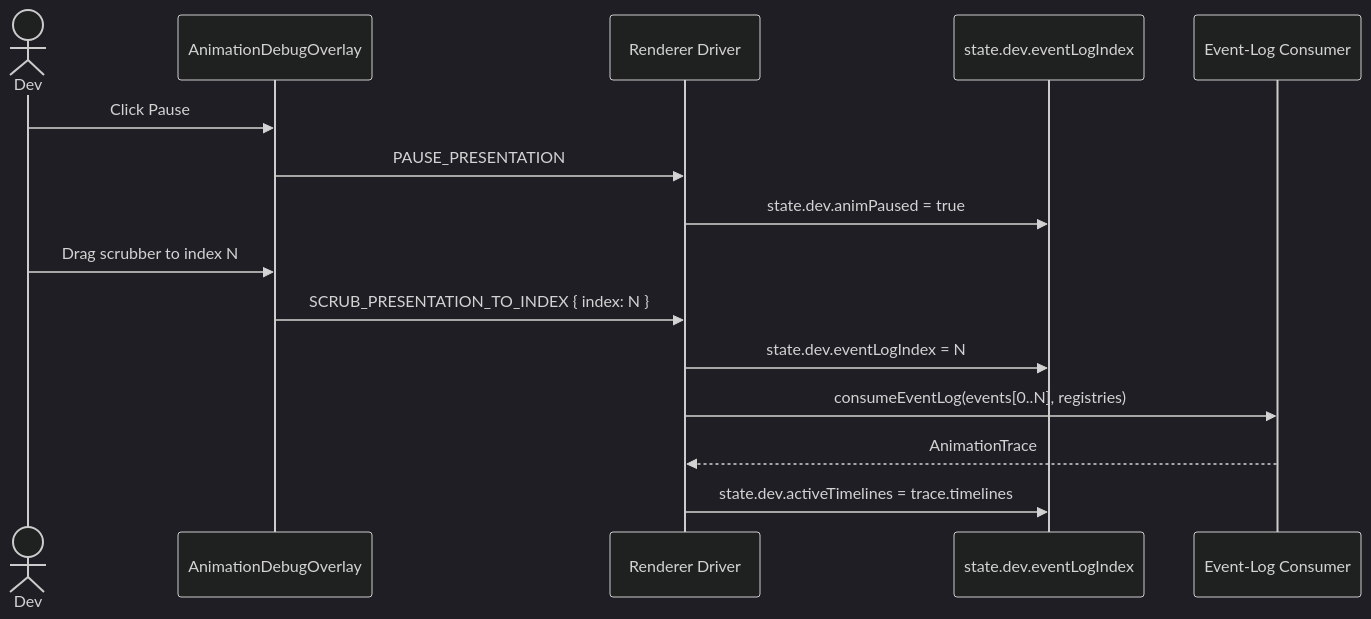
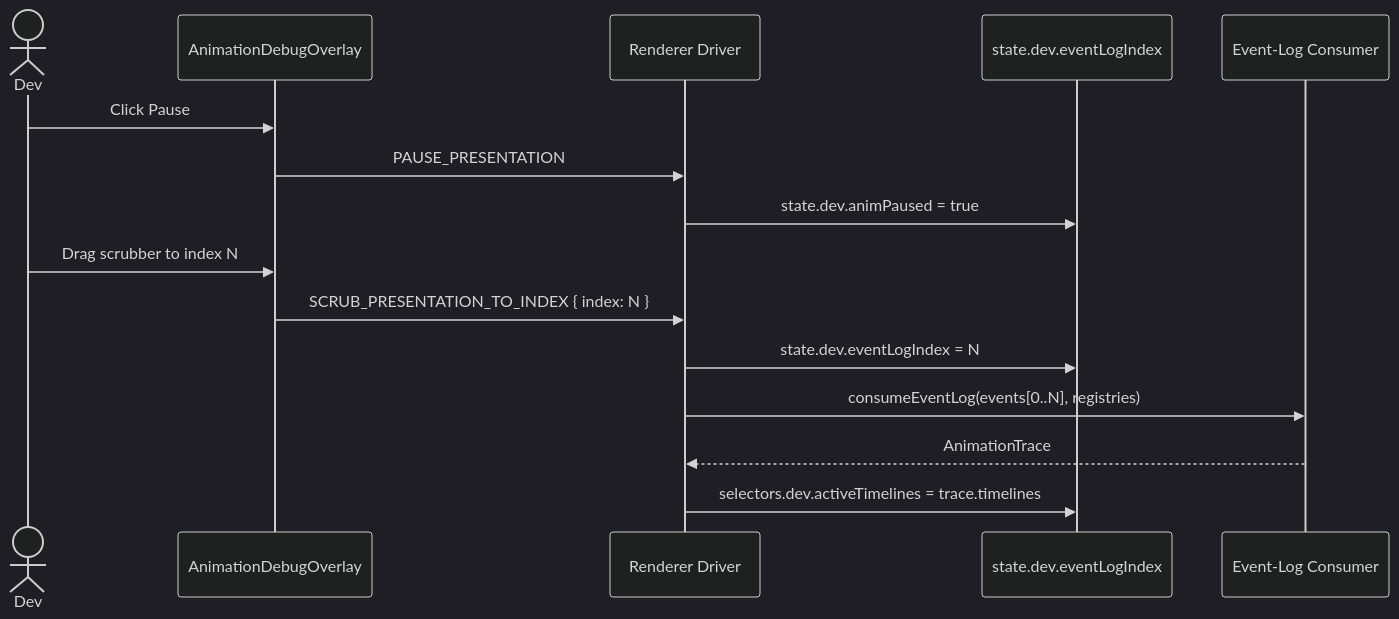
The fourth of 4 diagrams in docs/architecture/wiki/screens/67-animation-debug-overlay/architecture.md (SunaNoOshiro/Heroes_Reforged_AI_Realms), drawn with Mermaid (dark theme) before and after one commit. The commit also changed other lines of this file and 518 other files, not shown here.

First line of the commit message:
Add doc-audit skill and sweep architecture/screen docs

````diff
--- a/docs/architecture/wiki/screens/67-animation-debug-overlay/architecture.md
+++ b/docs/architecture/wiki/screens/67-animation-debug-overlay/architecture.md
@@ -59,19 +55,19 @@
 ```mermaid
 sequenceDiagram
   actor Dev
   participant UI as AnimationDebugOverlay
   participant Driver as Renderer Driver
   participant Cursor as state.dev.eventLogIndex
   participant Consumer as Event-Log Consumer
 
   Dev->>UI: Click Pause
   UI->>Driver: PAUSE_PRESENTATION
   Driver->>Cursor: state.dev.animPaused = true
 
   Dev->>UI: Drag scrubber to index N
   UI->>Driver: SCRUB_PRESENTATION_TO_INDEX { index: N }
   Driver->>Cursor: state.dev.eventLogIndex = N
   Driver->>Consumer: consumeEventLog(events[0..N], registries)
   Consumer-->>Driver: AnimationTrace
-  Driver->>Cursor: state.dev.activeTimelines = trace.timelines
+  Driver->>Cursor: selectors.dev.activeTimelines = trace.timelines
 ```
````
